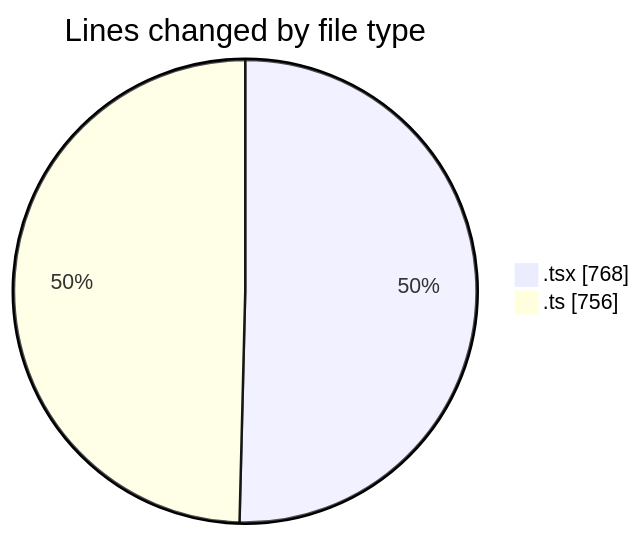
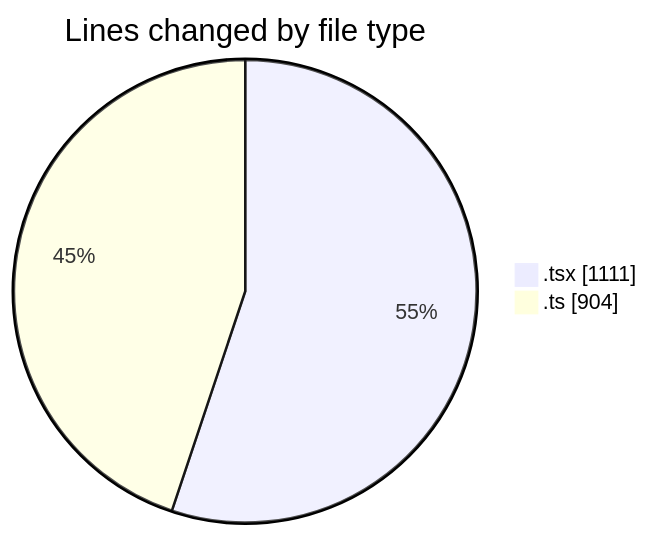
The first of 2 diagrams in 2025-07-11/ribbon/README.md (EIIisD/code-tracking), drawn with Mermaid before and after one commit. The commit also changed other lines of this file and 1 other file, not shown here.

````diff
--- a/2025-07-11/ribbon/README.md
+++ b/2025-07-11/ribbon/README.md
@@ -30,6 +30,6 @@
 ```mermaid
 pie showData
 title Lines changed by file type
-".tsx" : 768
-".ts" : 756
+".tsx" : 1111
+".ts" : 904
 ```
````
